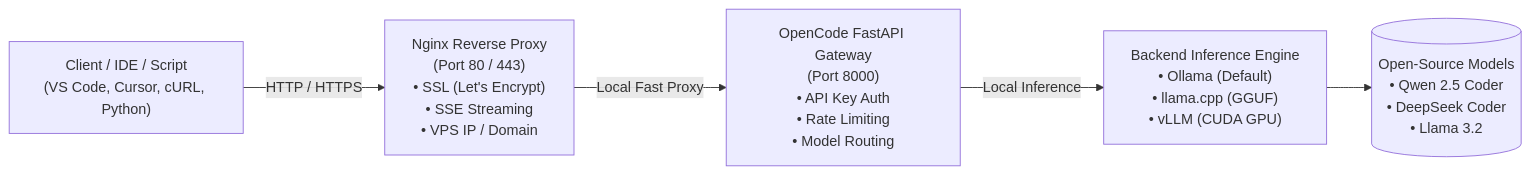
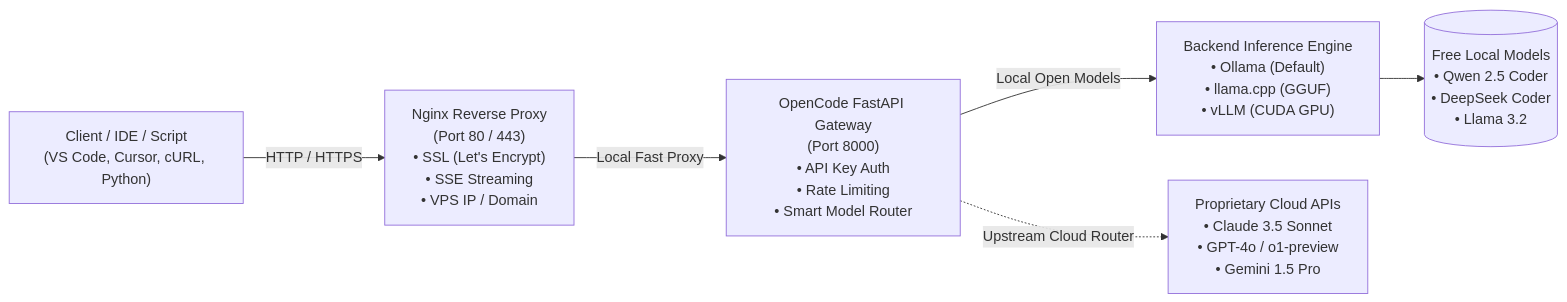
One commit to RomeoXLover/opencode-apis changed the diagram in README.md. Above: the diagram before and after it, drawn with Mermaid. The commit also changed other lines of this file and 4 other files, not shown here.

Commit message:
feat: add Hybrid Upstream Router for Claude 3.5 Sonnet and GPT-4o with model comparison guide

````diff
--- a/README.md
+++ b/README.md
@@ -14,7 +14,8 @@
 ```mermaid
 flowchart LR
     Client["Client / IDE / Script\n(VS Code, Cursor, cURL, Python)"] -->|HTTP / HTTPS| Proxy["Nginx Reverse Proxy\n(Port 80 / 443)\n• SSL (Let's Encrypt)\n• SSE Streaming\n• VPS IP / Domain"]
-    Proxy -->|Local Fast Proxy| Gateway["OpenCode FastAPI Gateway\n(Port 8000)\n• API Key Auth\n• Rate Limiting\n• Model Routing"]
-    Gateway -->|Local Inference| Engine["Backend Inference Engine\n• Ollama (Default)\n• llama.cpp (GGUF)\n• vLLM (CUDA GPU)"]
-    Engine --> Weights[("Open-Source Models\n• Qwen 2.5 Coder\n• DeepSeek Coder\n• Llama 3.2")]
+    Proxy -->|Local Fast Proxy| Gateway["OpenCode FastAPI Gateway\n(Port 8000)\n• API Key Auth\n• Rate Limiting\n• Smart Model Router"]
+    Gateway -->|Local Open Models| Engine["Backend Inference Engine\n• Ollama (Default)\n• llama.cpp (GGUF)\n• vLLM (CUDA GPU)"]
+    Gateway -.->|Upstream Cloud Router| Cloud["Proprietary Cloud APIs\n• Claude 3.5 Sonnet\n• GPT-4o / o1-preview\n• Gemini 1.5 Pro"]
+    Engine --> Weights[("Free Local Models\n• Qwen 2.5 Coder\n• DeepSeek Coder\n• Llama 3.2")]
 ```
````
